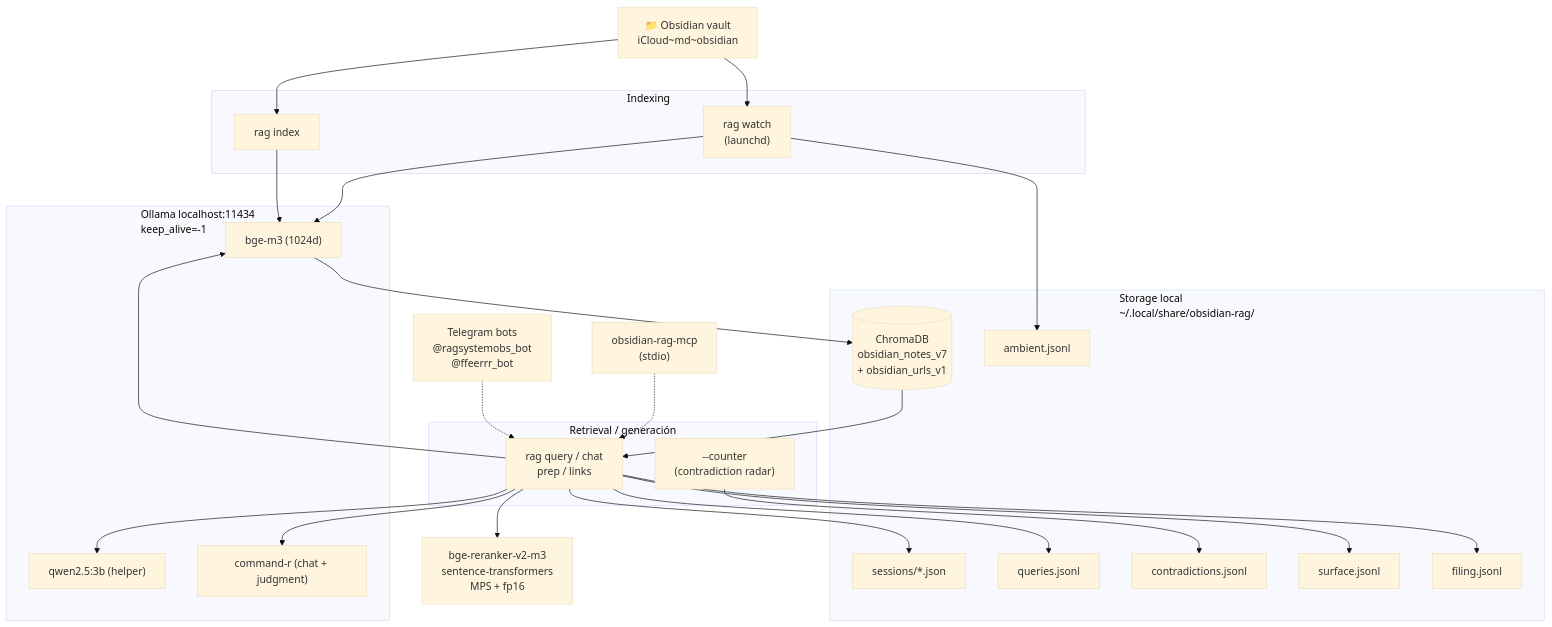
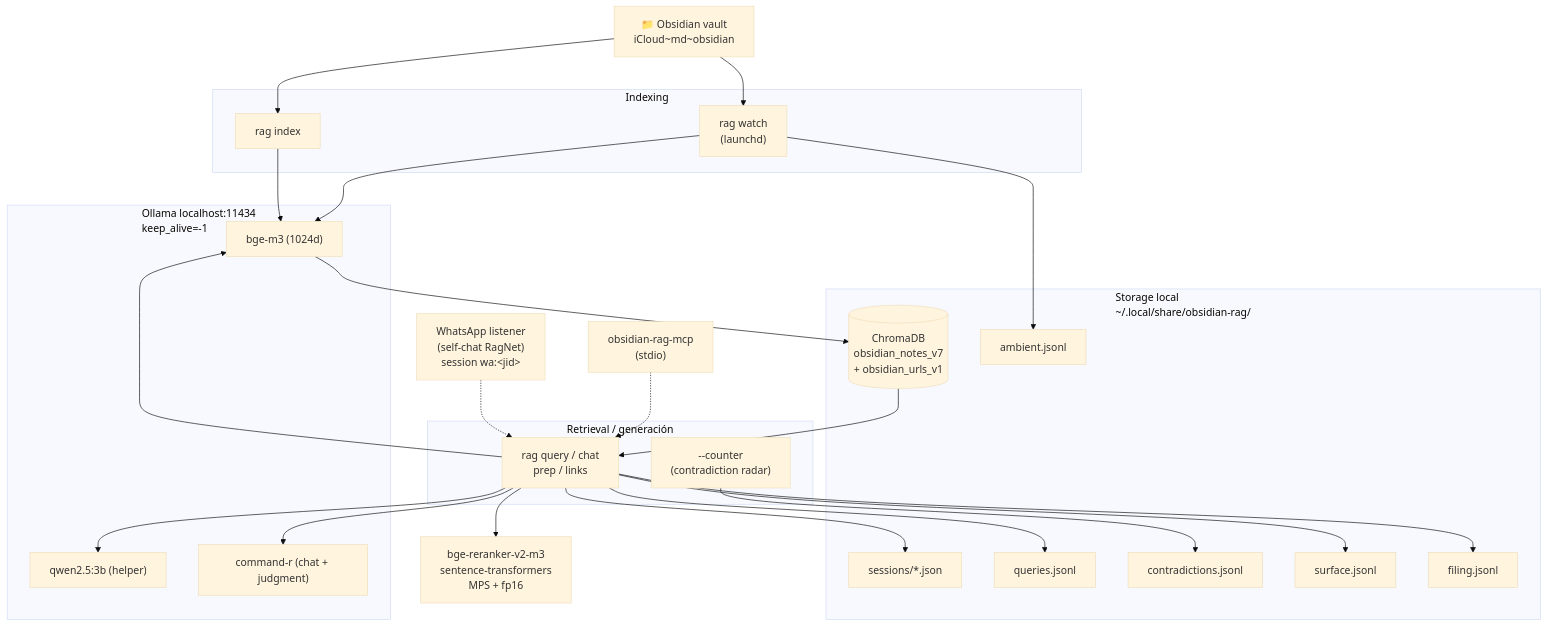
One commit to jagoff/rag-obsidian changed the diagram in docs/diagrams/system-overview.mmd. Above: the diagram before and after it, drawn with Mermaid (base theme). The commit also changed 8 other files, not shown here.

First line of the commit message:
docs: reflejar migración Telegram → WhatsApp

```diff
--- a/docs/diagrams/system-overview.mmd
+++ b/docs/diagrams/system-overview.mmd
@@ -1,46 +1,46 @@
 graph TD
     Vault["📁 Obsidian vault<br/>iCloud~md~obsidian"]
 
     subgraph IDX["Indexing"]
         Watch["rag watch<br/>(launchd)"]
         IndexCmd["rag index"]
     end
 
     subgraph DB["Storage local<br/>~/.local/share/obsidian-rag/"]
         Chroma[("ChromaDB<br/>obsidian_notes_v7<br/>+ obsidian_urls_v1")]
         Sessions["sessions/*.json"]
         QLog["queries.jsonl"]
         CLog["contradictions.jsonl"]
         ALog["ambient.jsonl"]
         SLog["surface.jsonl"]
         FLog["filing.jsonl"]
     end
 
     subgraph RT["Retrieval / generación"]
         Query["rag query / chat<br/>prep / links"]
         Counter["--counter<br/>(contradiction radar)"]
     end
 
     subgraph Ollama["Ollama localhost:11434<br/>keep_alive=-1"]
         Embed["bge-m3 (1024d)"]
         Helper["qwen2.5:3b (helper)"]
         Chat["command-r (chat + judgment)"]
     end
 
     Reranker["bge-reranker-v2-m3<br/>sentence-transformers<br/>MPS + fp16"]
 
     Vault --> Watch & IndexCmd
     Watch & IndexCmd --> Embed
     Embed --> Chroma
     Query --> Embed
     Query --> Helper
     Query --> Reranker
     Query --> Chat
     Chroma --> Query
     Query --> Sessions & QLog
     Counter --> CLog
     Watch --> ALog
     Query --> SLog & FLog
 
     MCP["obsidian-rag-mcp<br/>(stdio)"] -.-> Query
-    Bots["Telegram bots<br/>@ragsystemobs_bot<br/>@ffeerrr_bot"] -.-> Query
+    WA["WhatsApp listener<br/>(self-chat RagNet)<br/>session wa:&lt;jid&gt;"] -.-> Query
```
